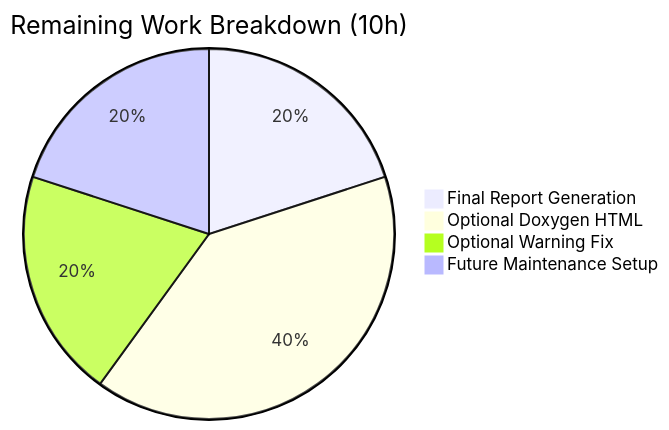
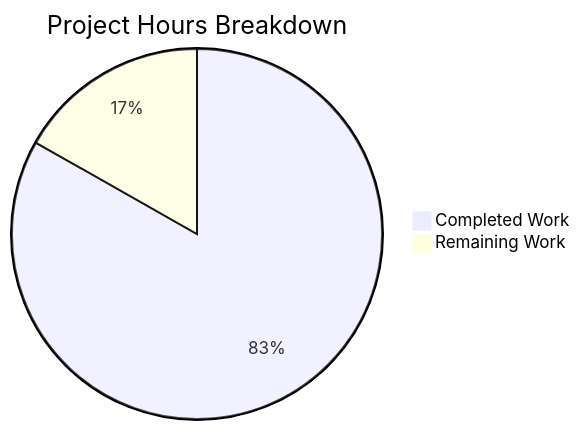
Before and after one commit to blitzy-public-samples/blitzy-dnsmasq: the second of 2 diagrams in blitzy/documentation/Project Guide.md, drawn with Mermaid. The commit also changed other lines of this file, not shown here.

Commit message:
Adding Blitzy Project Guide: Project Status and Human Tasks Remaining

````diff
--- a/blitzy/documentation/Project Guide.md
+++ b/blitzy/documentation/Project Guide.md
@@ -199,7 +215,5 @@
 ```mermaid
-pie title Remaining Work Breakdown (10h)
-    "Final Report Generation" : 2
-    "Optional Doxygen HTML" : 4
-    "Optional Warning Fix" : 2
-    "Future Maintenance Setup" : 2
+pie title Project Hours Breakdown
+    "Completed Work" : 540
+    "Remaining Work" : 109
 ```
````
